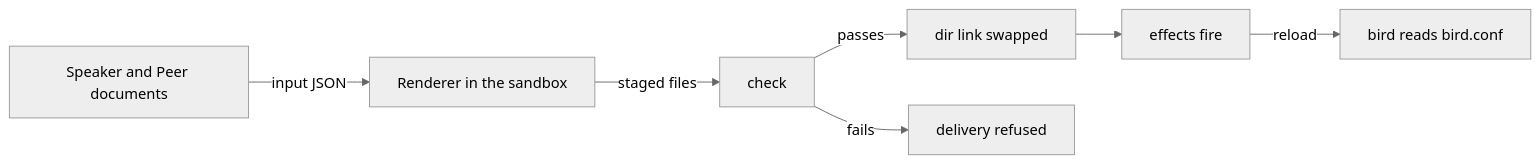
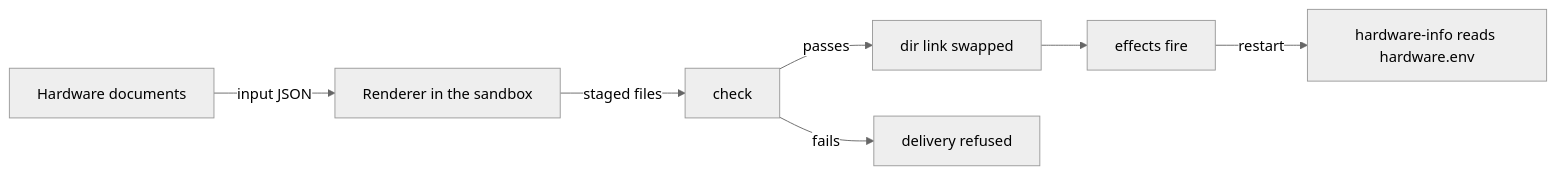
The diagram in docs/build/render-config.md (trevex/chalkos), drawn with Mermaid (neutral theme) before and after one commit. The commit also changed other lines of this file and 12 other files, not shown here.

````diff
--- a/docs/build/render-config.md
+++ b/docs/build/render-config.md
@@ -49,9 +52,9 @@
 ```mermaid
 flowchart LR
-    docs["Speaker and Peer documents"] -->|input JSON| render["Renderer in the sandbox"]
+    docs["Hardware documents"] -->|input JSON| render["Renderer in the sandbox"]
     render -->|staged files| check["check"]
     check -->|passes| swap["dir link swapped"]
     check -->|fails| refuse["delivery refused"]
     swap --> effects["effects fire"]
-    effects -->|reload| bird["bird reads bird.conf"]
+    effects -->|restart| unit["hardware-info reads hardware.env"]
 ```
````
